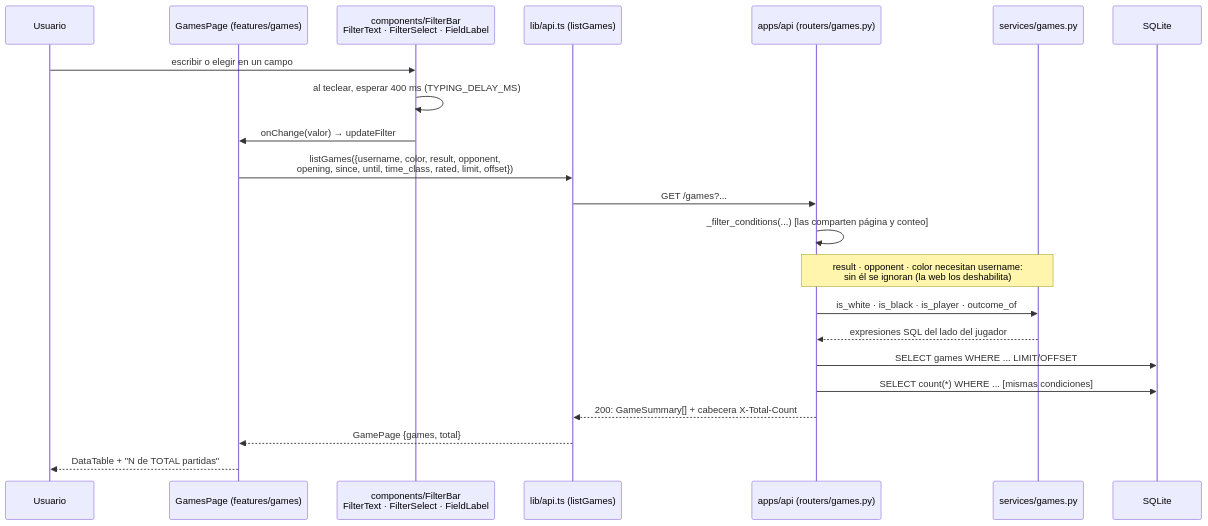
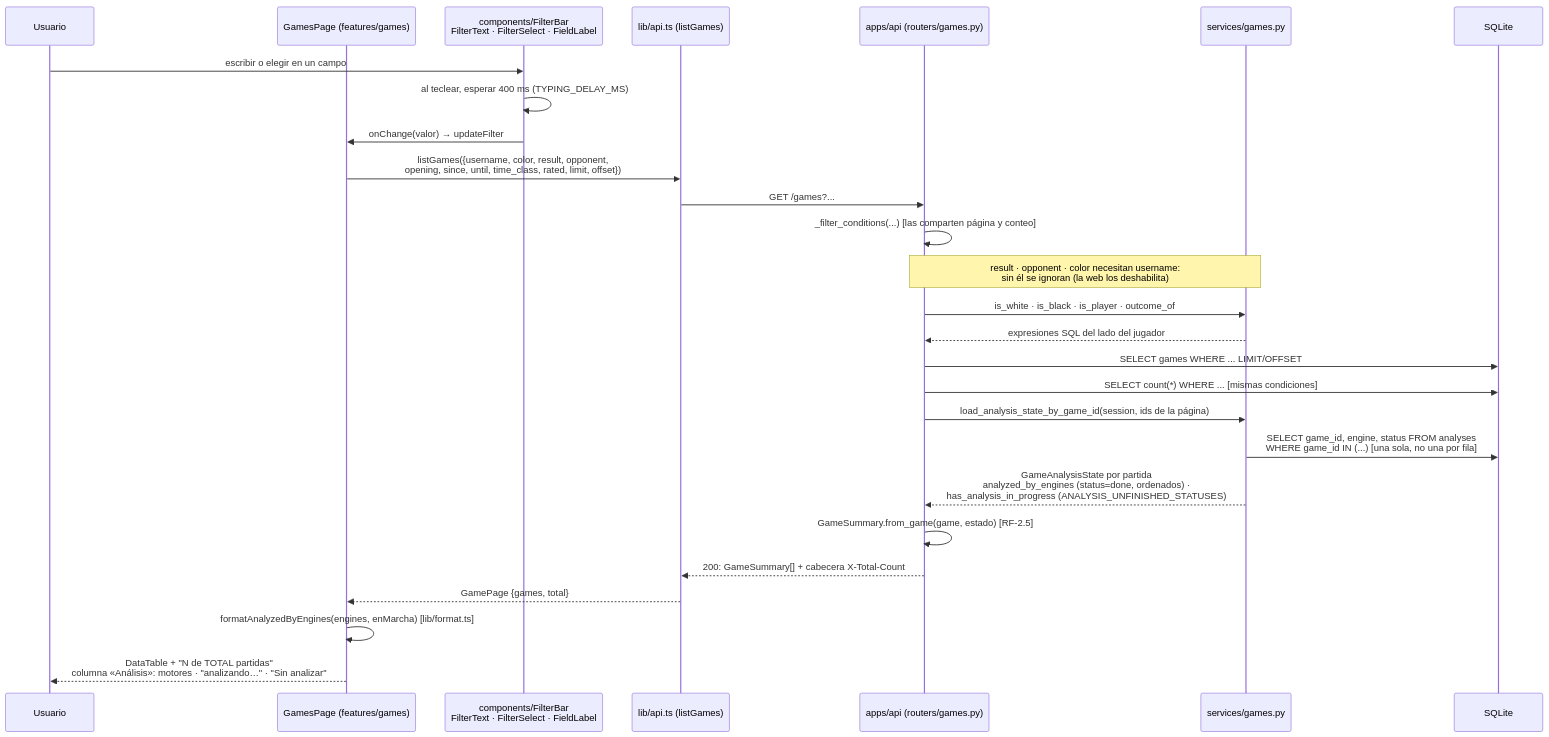
One commit to SirJsus/LUCIA changed the fifth of 21 diagrams in docs/06-mapa-del-proyecto.md. Above: the diagram before and after it, drawn with Mermaid. The commit also changed other lines of this file and 87 other files, not shown here.

````diff
--- a/docs/06-mapa-del-proyecto.md
+++ b/docs/06-mapa-del-proyecto.md
@@ -831,25 +895,30 @@
 ```mermaid
 sequenceDiagram
     participant U as Usuario
     participant P as GamesPage (features/games)
     participant F as components/FilterBar<br/>FilterText · FilterSelect · FieldLabel
     participant AP as lib/api.ts (listGames)
     participant R as apps/api (routers/games.py)
     participant SG as services/games.py
     participant DB as SQLite
 
     U->>F: escribir o elegir en un campo
     F->>F: al teclear, esperar 400 ms (TYPING_DELAY_MS)
     F->>P: onChange(valor) → updateFilter
     P->>AP: listGames({username, color, result, opponent,<br/>opening, since, until, time_class, rated, limit, offset})
     AP->>R: GET /games?...
     R->>R: _filter_conditions(...) [las comparten página y conteo]
     Note over R,SG: result · opponent · color necesitan username:<br/>sin él se ignoran (la web los deshabilita)
     R->>SG: is_white · is_black · is_player · outcome_of
     SG-->>R: expresiones SQL del lado del jugador
     R->>DB: SELECT games WHERE ... LIMIT/OFFSET
     R->>DB: SELECT count(*) WHERE ... [mismas condiciones]
+    R->>SG: load_analysis_state_by_game_id(session, ids de la página)
+    SG->>DB: SELECT game_id, engine, status FROM analyses<br/>WHERE game_id IN (...) [una sola, no una por fila]
+    SG-->>R: GameAnalysisState por partida<br/>analyzed_by_engines (status=done, ordenados) ·<br/>has_analysis_in_progress (ANALYSIS_UNFINISHED_STATUSES)
+    R->>R: GameSummary.from_game(game, estado) [RF-2.5]
     R-->>AP: 200: GameSummary[] + cabecera X-Total-Count
     AP-->>P: GamePage {games, total}
-    P-->>U: DataTable + "N de TOTAL partidas"
+    P->>P: formatAnalyzedByEngines(engines, enMarcha) [lib/format.ts]
+    P-->>U: DataTable + "N de TOTAL partidas"<br/>columna «Análisis»: motores · "analizando…" · "Sin analizar"
 ```
````
